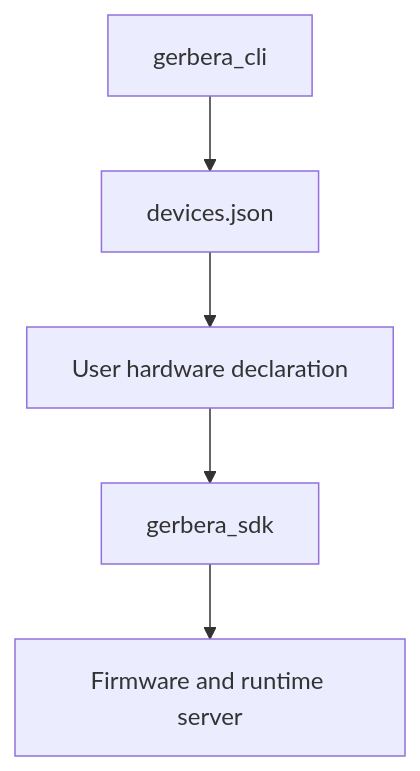
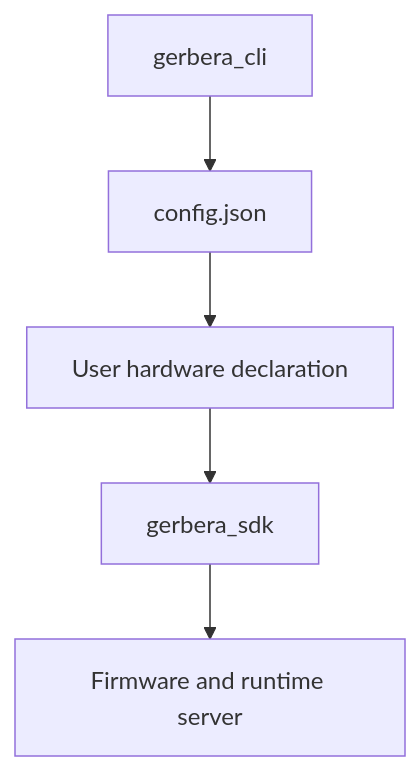
Before and after one commit to BaronLiu1993/gerbera: the diagram in src/README.md, drawn with Mermaid. The commit also changed 11 other files, not shown here.

````diff
--- a/src/README.md
+++ b/src/README.md
@@ -14,7 +14,7 @@
 ```mermaid
 flowchart TD
-    A[gerbera_cli] --> B[devices.json]
+    A[gerbera_cli] --> B[config.json]
     B --> C[User hardware declaration]
     C --> D[gerbera_sdk]
     D --> E[Firmware and runtime server]
 ```
````
